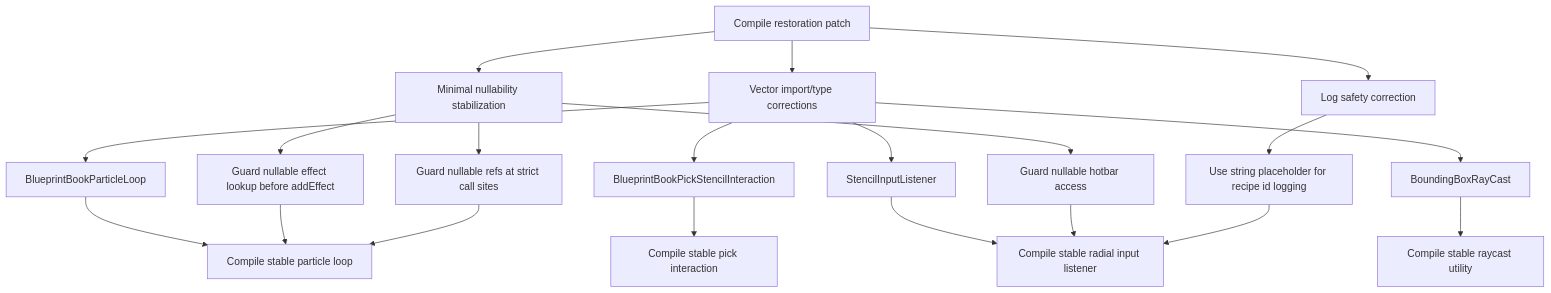
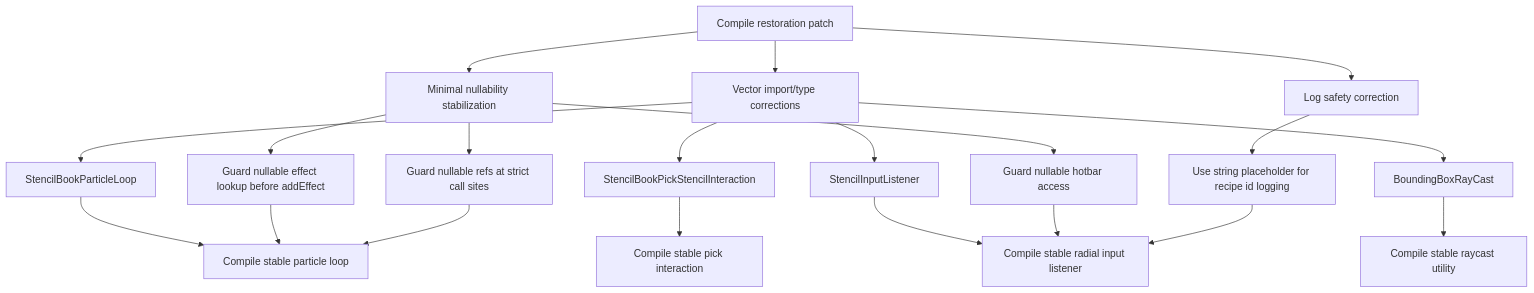
Before and after one commit to TheCodeCreature/Hytale-Example-Plugin: the second of 3 diagrams in docs/design-s2605261205-compile-restoration-vector-types.md, drawn with Mermaid. The commit also changed other lines of this file and 289 other files, not shown here.

````diff
--- a/docs/design-s2605261205-compile-restoration-vector-types.md
+++ b/docs/design-s2605261205-compile-restoration-vector-types.md
@@ -50,26 +50,26 @@
 ```mermaid
 graph TB
     A[Compile restoration patch] --> B[Vector import/type corrections]
     A --> C[Minimal nullability stabilization]
     A --> D[Log safety correction]
 
-    B --> B1[BlueprintBookParticleLoop]
-    B --> B2[BlueprintBookPickStencilInteraction]
+    B --> B1[StencilBookParticleLoop]
+    B --> B2[StencilBookPickStencilInteraction]
     B --> B3[StencilInputListener]
     B --> B4[BoundingBoxRayCast]
 
     C --> C1[Guard nullable hotbar access]
     C --> C2[Guard nullable effect lookup before addEffect]
     C --> C3[Guard nullable refs at strict call sites]
 
     D --> D1[Use string placeholder for recipe id logging]
 
     B1 --> E[Compile stable particle loop]
     B2 --> F[Compile stable pick interaction]
     B3 --> G[Compile stable radial input listener]
     B4 --> H[Compile stable raycast utility]
     C1 --> G
     C2 --> E
     C3 --> E
     D1 --> G
 ```
````
